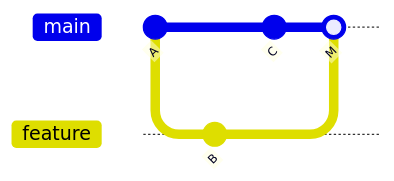
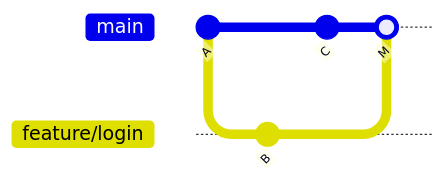
Before and after one commit to ykgw-daiki-nakamura/nakamura-git-tutorial: the fourth of 4 diagrams in docs/guide/branching.md, drawn with Mermaid. The commit also changed other lines of this file and 1 other file, not shown here.

Commit message:
docs(guide): 図のブランチ名を feature/login に統一（レビュー反映）

````diff
--- a/docs/guide/branching.md
+++ b/docs/guide/branching.md
@@ -75,10 +75,10 @@
 ```mermaid
 gitGraph
     commit id: "A"
-    branch feature
-    checkout feature
+    branch feature/login
+    checkout feature/login
     commit id: "B"
     checkout main
     commit id: "C"
-    merge feature id: "M"
+    merge feature/login id: "M"
 ```
````
